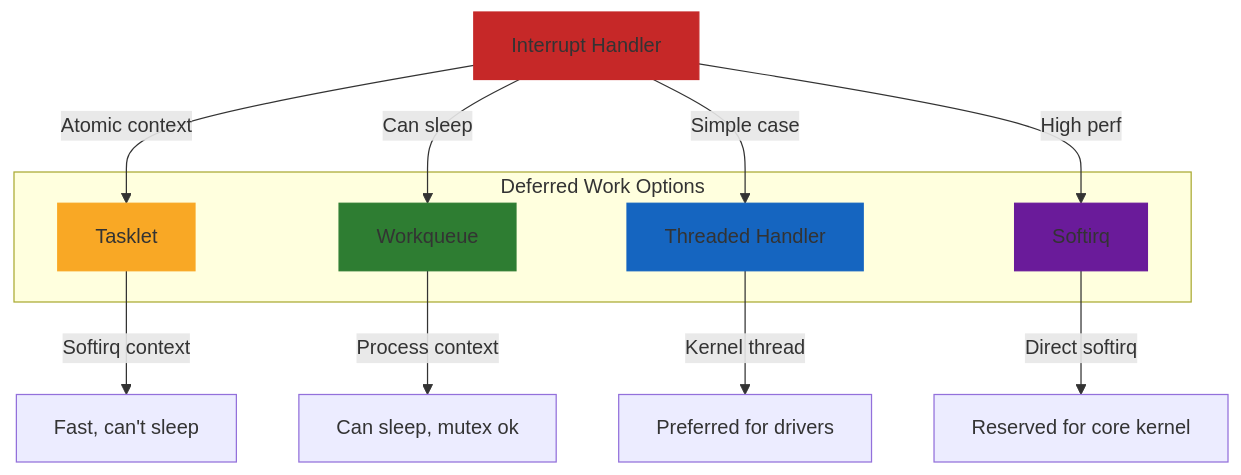
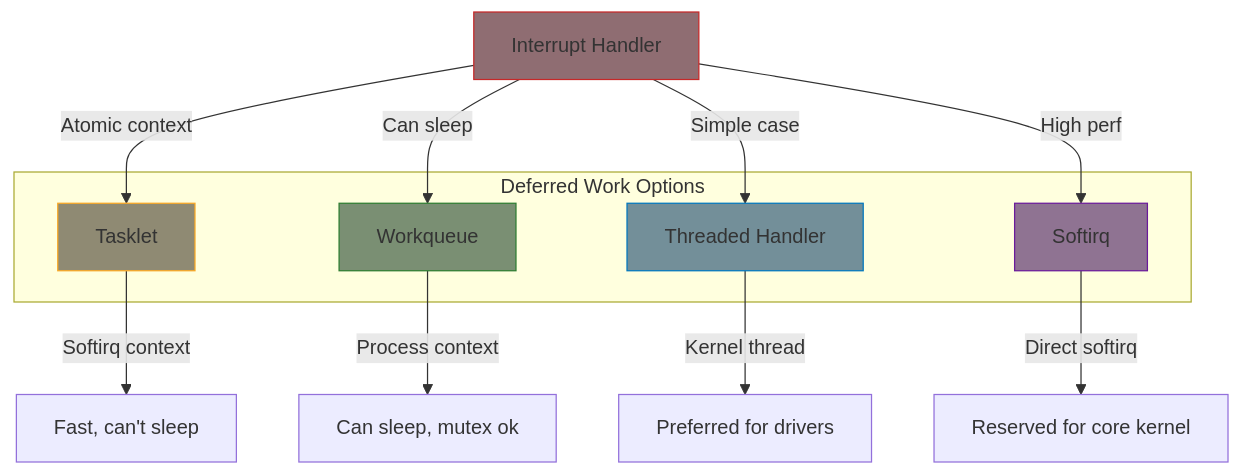
One commit to MichaelTien8901/linux-driver-guide-tutorial changed the third of 3 diagrams in part7/index.md. Above: the diagram before and after it, drawn with Mermaid. The commit also changed other lines of this file and 36 other files, not shown here.

Commit message:
Fix mermaid diagram colors to use consistent paper-like theme

````diff
--- a/part7/index.md
+++ b/part7/index.md
@@ -97,27 +97,27 @@
 ```mermaid
 flowchart TB
     IRQ[Interrupt Handler]
 
     subgraph Mechanisms["Deferred Work Options"]
         TL[Tasklet]
         WQ[Workqueue]
         TH[Threaded Handler]
         ST[Softirq]
     end
 
     IRQ -->|"Atomic context"| TL
     IRQ -->|"Can sleep"| WQ
     IRQ -->|"Simple case"| TH
     IRQ -->|"High perf"| ST
 
     TL -->|"Softirq context"| Note1["Fast, can't sleep"]
     WQ -->|"Process context"| Note2["Can sleep, mutex ok"]
     TH -->|"Kernel thread"| Note3["Preferred for drivers"]
     ST -->|"Direct softirq"| Note4["Reserved for core kernel"]
 
-    style IRQ fill:#c62828,stroke:#c62828
-    style TL fill:#f9a825,stroke:#f9a825
-    style WQ fill:#2e7d32,stroke:#2e7d32
-    style TH fill:#1565c0,stroke:#1565c0
-    style ST fill:#6a1b9a,stroke:#6a1b9a
+    style IRQ fill:#8f6d72,stroke:#c62828
+    style TL fill:#8f8a73,stroke:#f9a825
+    style WQ fill:#7a8f73,stroke:#2e7d32
+    style TH fill:#738f99,stroke:#0277bd
+    style ST fill:#8f7392,stroke:#6a1b9a
 ```
````
